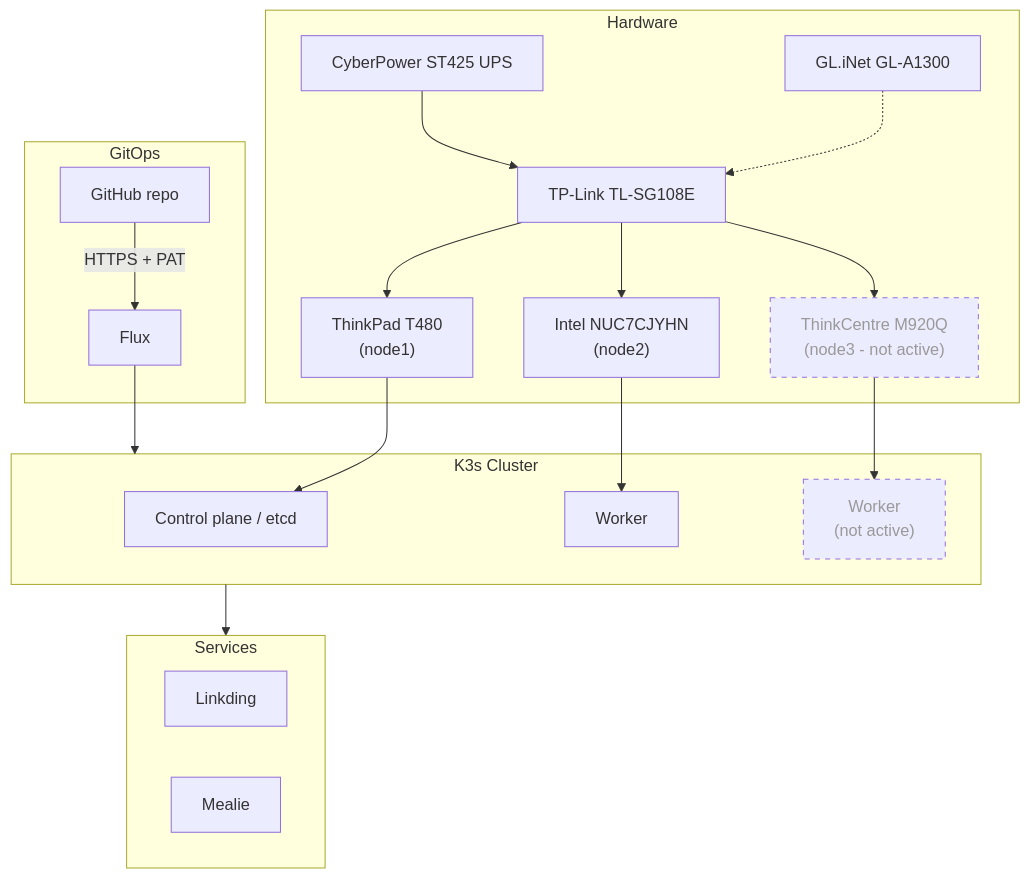
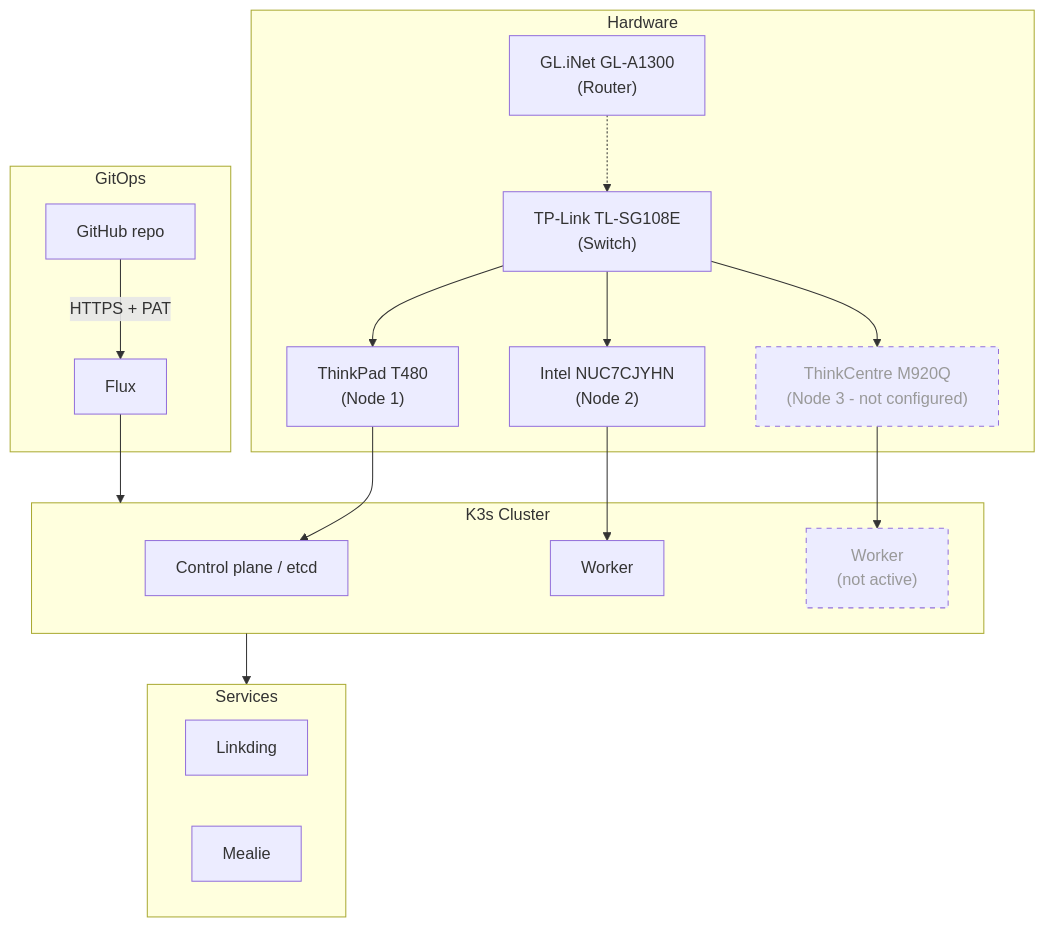
One commit to justintimejlew/homelab changed the diagram in README.md. Above: the diagram before and after it, drawn with Mermaid. The commit also changed other lines of this file, not shown here.

````diff
--- a/README.md
+++ b/README.md
@@ -14,45 +18,45 @@
 ```mermaid
 flowchart TB
     subgraph HW["Hardware"]
-        UPS[CyberPower ST425 UPS]
-        SW[TP-Link TL-SG108E]
-        RTR[GL.iNet GL-A1300]
+        SW["TP-Link TL-SG108E
+        (Switch)"]
+        RTR["GL.iNet GL-A1300
+        (Router)"]
         T480["ThinkPad T480
-        (node1)"]
+        (Node 1)"]
         NUC["Intel NUC7CJYHN
-        (node2)"]
+        (Node 2)"]
         M920["ThinkCentre M920Q
-        (node3 - not active)"]
+        (Node 3 - not configured)"]
         style M920 stroke-dasharray: 5 5,color:#999
-        UPS --> SW
         SW --> T480
         SW --> NUC
         SW --> M920
         RTR -.-> SW
     end
 
     subgraph K3S["K3s Cluster"]
         CTRL[Control plane / etcd]
         WRK1[Worker]
         WRK2["Worker
         (not active)"]
         style WRK2 stroke-dasharray: 5 5,color:#999
     end
 
     T480 --> CTRL
     NUC --> WRK1
     M920 --> WRK2
 
     subgraph GITOPS["GitOps"]
         GH[GitHub repo] -->|HTTPS + PAT| FLUX[Flux]
     end
 
     FLUX --> K3S
 
     subgraph SVC["Services"]
         LD[Linkding]
         ML[Mealie]
     end
 
     K3S --> SVC
 ```
````
